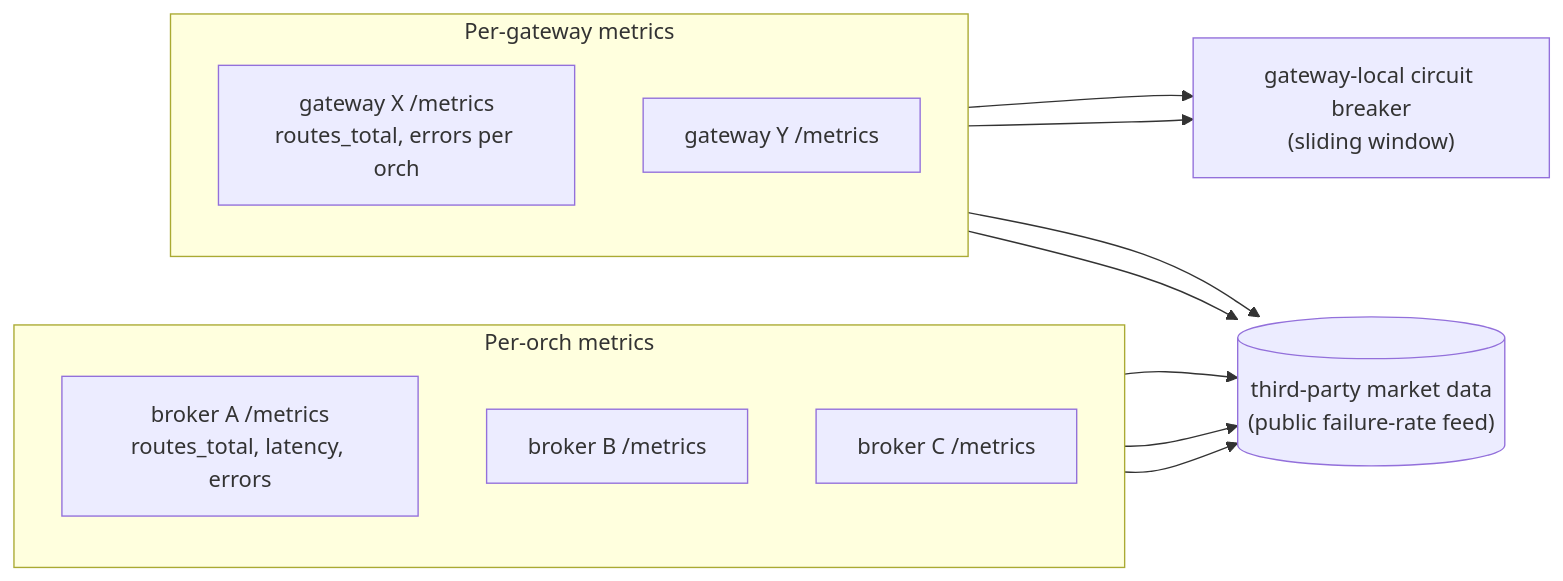
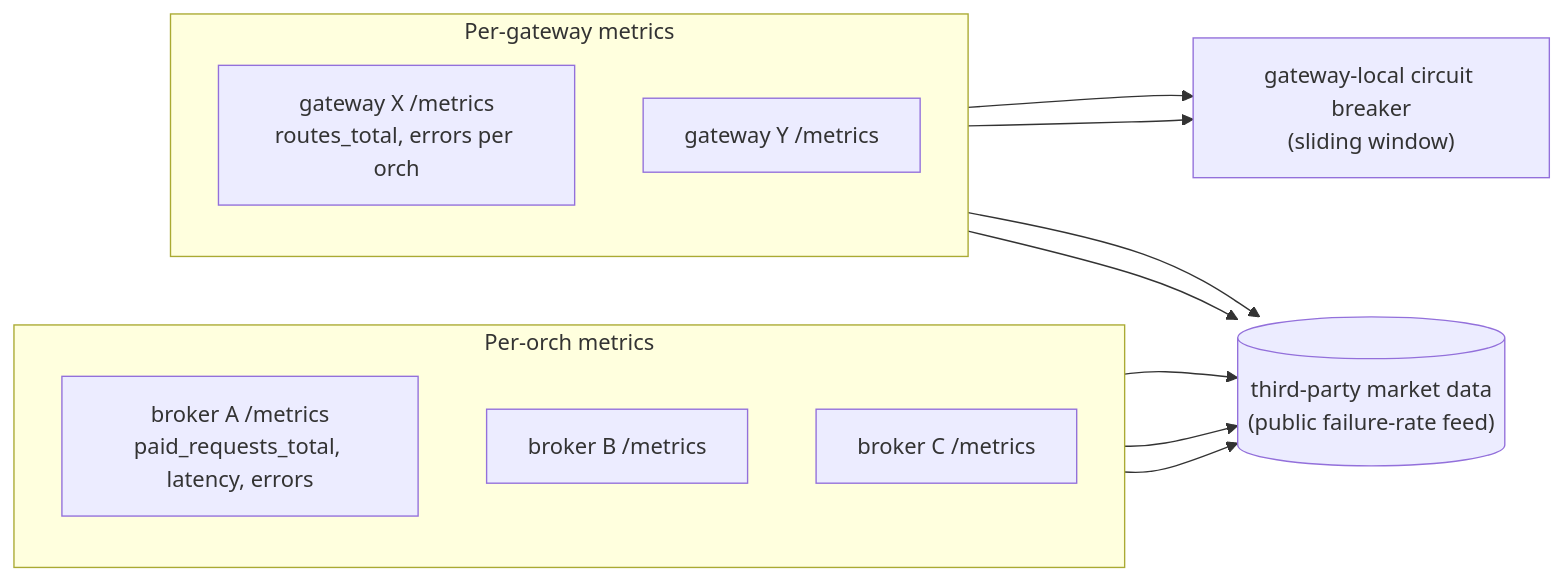
The third of 3 diagrams in docs/design-docs/backend-health.md (Cloud-SPE/livepeer-network-modules), drawn with Mermaid before and after one commit. The commit also changed other lines of this file and 121 other files, not shown here.

````diff
--- a/docs/design-docs/backend-health.md
+++ b/docs/design-docs/backend-health.md
@@ -291,26 +294,26 @@
 ```mermaid
 flowchart LR
     subgraph supply["Per-orch metrics"]
         direction TB
-        B1["broker A /metrics<br/>routes_total, latency, errors"]
+        B1["broker A /metrics<br/>paid_requests_total, latency, errors"]
         B2["broker B /metrics"]
         B3["broker C /metrics"]
     end
 
     subgraph demand["Per-gateway metrics"]
         direction TB
         G1["gateway X /metrics<br/>routes_total, errors per orch"]
         G2["gateway Y /metrics"]
     end
 
     GW_CB["gateway-local circuit breaker<br/>(sliding window)"]
     Market[("third-party market data<br/>(public failure-rate feed)")]
 
     G1 --> GW_CB
     G2 --> GW_CB
     B1 --> Market
     B2 --> Market
     B3 --> Market
     G1 --> Market
     G2 --> Market
 ```
````
